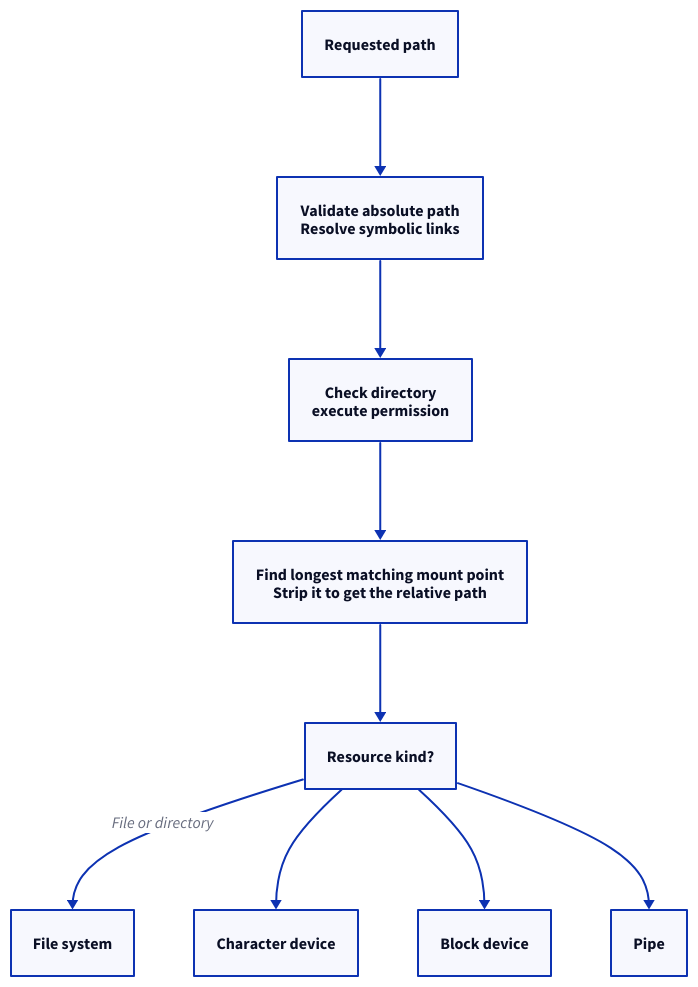
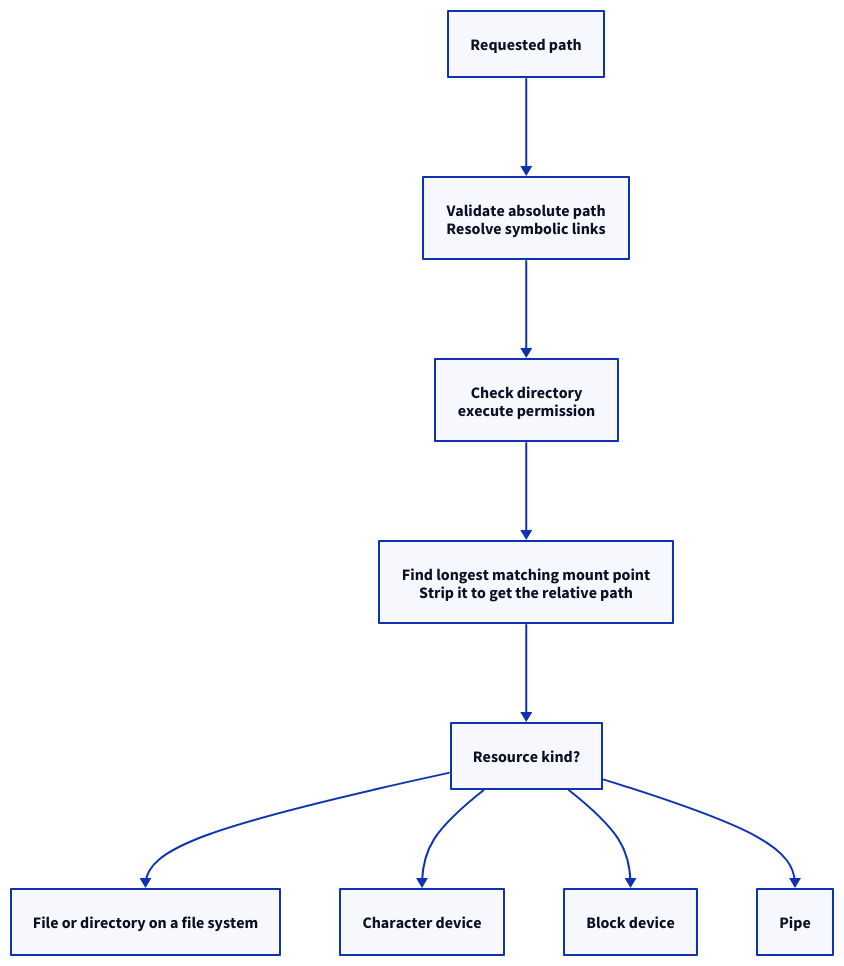
One commit to xila-project/website changed the first of 2 diagrams in src/content/docs/explanation/architecture/subsystems/virtual_file_system.mdx. Above: the diagram before and after it, drawn with D2. The commit also changed 12 other files, not shown here.

First line of the commit message:
build: remove Mermaid (#165)

````diff
--- a/src/content/docs/explanation/architecture/subsystems/virtual_file_system.mdx
+++ b/src/content/docs/explanation/architecture/subsystems/virtual_file_system.mdx
@@ -35,22 +35,22 @@
 ```d2 title="Path resolution and permission check in the virtual file system"
 direction: down
 
 requested: "Requested path" { class: io }
 validate: "Validate absolute path\nResolve symbolic links" { class: component }
 permission: "Check directory\nexecute permission" { class: component }
 mount: "Find longest matching mount point\nStrip it to get the relative path" { class: component }
 kind: "Resource kind?" { class: decision }
-file_system: "File system" { class: stored }
+file_system: "File or directory on a file system" { class: stored }
 character: "Character device" { class: component }
 block: "Block device" { class: component }
 pipe: "Pipe" { class: component }
 
 requested -> validate
 validate -> permission
 permission -> mount
 mount -> kind
-kind -> file_system: "File or directory"
+kind -> file_system
 kind -> character
 kind -> block
 kind -> pipe
 ```
````
